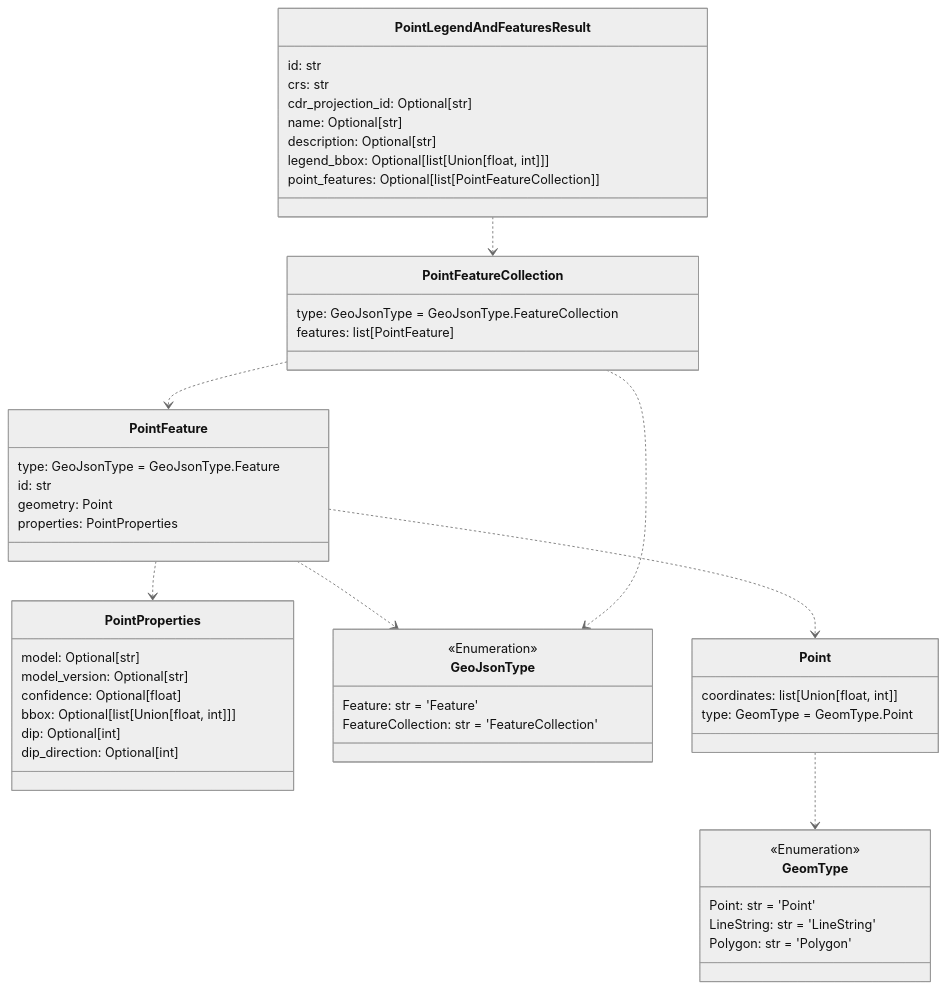
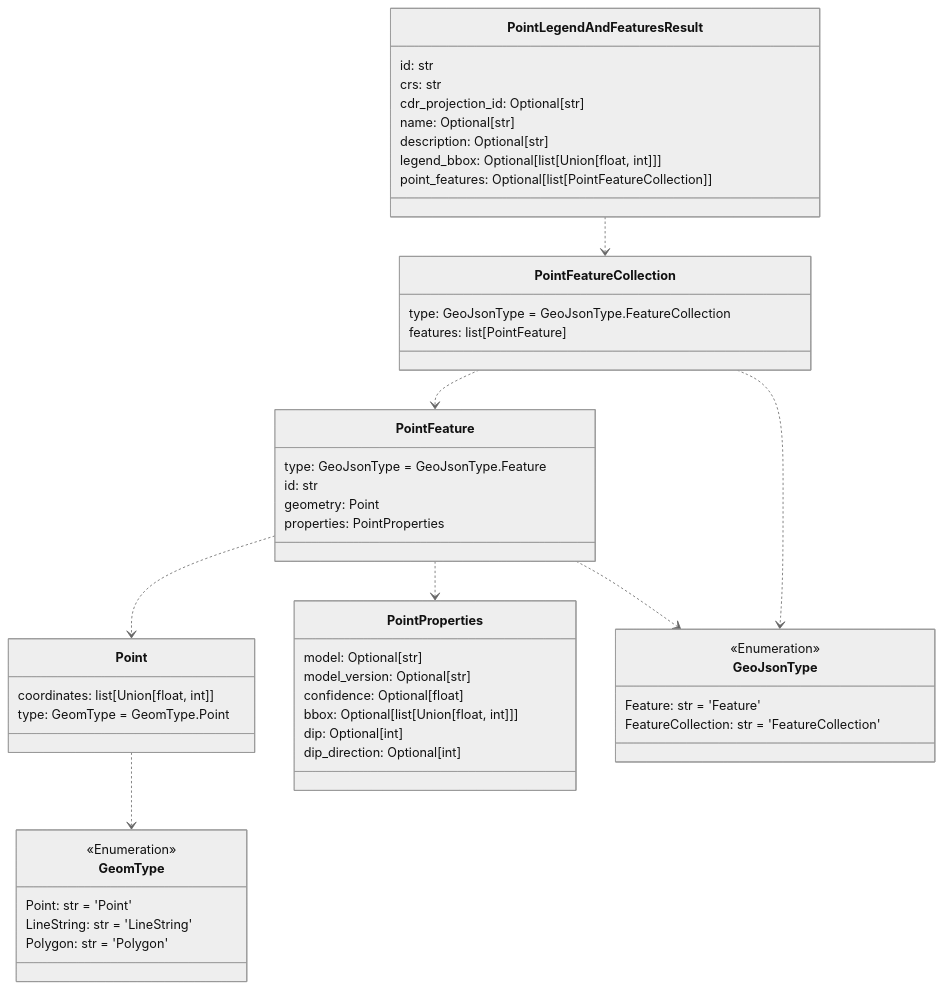
One commit to DARPA-CRITICALMAAS/cdr_schemas changed the fourth of 11 diagrams in README.md. Above: the diagram before and after it, drawn with Mermaid (neutral theme). The commit also changed other lines of this file and 1 other file, not shown here.

````diff
--- a/README.md
+++ b/README.md
@@ -278,62 +278,62 @@
 ```mermaid
 classDiagram
+
+    class PointFeature {
+        type: GeoJsonType = GeoJsonType.Feature
+        id: str
+        geometry: Point
+        properties: PointProperties
+    }
 
     class PointProperties {
         model: Optional[str]
         model_version: Optional[str]
         confidence: Optional[float]
         bbox: Optional[list[Union[float, int]]]
         dip: Optional[int]
         dip_direction: Optional[int]
     }
 
     class GeoJsonType {
         <<Enumeration>>
         Feature: str = 'Feature'
         FeatureCollection: str = 'FeatureCollection'
     }
 
-    class PointFeature {
-        type: GeoJsonType = GeoJsonType.Feature
-        id: str
-        geometry: Point
-        properties: PointProperties
+    class PointFeatureCollection {
+        type: GeoJsonType = GeoJsonType.FeatureCollection
+        features: list[PointFeature]
+    }
+
+    class Point {
+        coordinates: list[Union[float, int]]
+        type: GeomType = GeomType.Point
+    }
+
+    class GeomType {
+        <<Enumeration>>
+        Point: str = 'Point'
+        LineString: str = 'LineString'
+        Polygon: str = 'Polygon'
     }
 
     class PointLegendAndFeaturesResult {
         id: str
         crs: str
         cdr_projection_id: Optional[str]
         name: Optional[str]
         description: Optional[str]
         legend_bbox: Optional[list[Union[float, int]]]
         point_features: Optional[list[PointFeatureCollection]]
     }
 
-    class GeomType {
-        <<Enumeration>>
-        Point: str = 'Point'
-        LineString: str = 'LineString'
-        Polygon: str = 'Polygon'
-    }
-
-    class PointFeatureCollection {
-        type: GeoJsonType = GeoJsonType.FeatureCollection
-        features: list[PointFeature]
-    }
-
-    class Point {
-        coordinates: list[Union[float, int]]
-        type: GeomType = GeomType.Point
-    }
-
     Point ..> GeomType
+    PointFeature ..> Point
     PointFeature ..> PointProperties
     PointFeature ..> GeoJsonType
-    PointFeature ..> Point
+    PointFeatureCollection ..> PointFeature
     PointFeatureCollection ..> GeoJsonType
-    PointFeatureCollection ..> PointFeature
     PointLegendAndFeaturesResult ..> PointFeatureCollection
 
 
 ```
````
